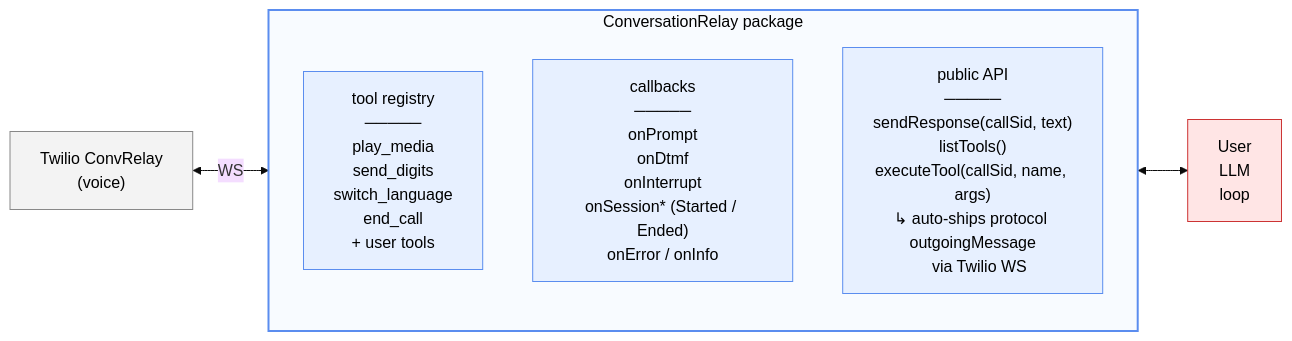
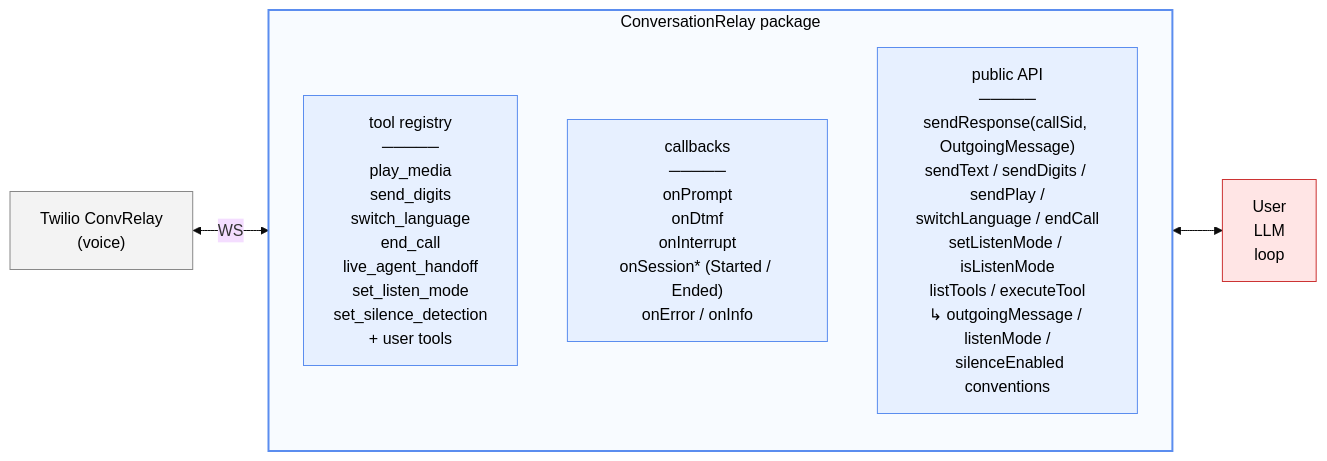
One commit to deshartman/twilio-agent-connect-typescript changed the diagram in packages/conversationrelay/README.md. Above: the diagram before and after it, drawn with Mermaid (base theme). The commit also changed other lines of this file and 2 other files, not shown here.

First line of the commit message:
feat(crelay-example): opt into 30s silence handling + docs reconciliation

````diff
--- a/packages/conversationrelay/README.md
+++ b/packages/conversationrelay/README.md
@@ -16,21 +18,21 @@
 ```mermaid
 graph LR
     Twilio["Twilio ConvRelay<br/>(voice)"]
 
     subgraph CR["ConversationRelay package"]
         direction TB
-        Registry["tool registry<br/>─────<br/>play_media<br/>send_digits<br/>switch_language<br/>end_call<br/>+ user tools"]:::cr
+        Registry["tool registry<br/>─────<br/>play_media<br/>send_digits<br/>switch_language<br/>end_call<br/>live_agent_handoff<br/>set_listen_mode<br/>set_silence_detection<br/>+ user tools"]:::cr
         Callbacks["callbacks<br/>─────<br/>onPrompt<br/>onDtmf<br/>onInterrupt<br/>onSession* (Started / Ended)<br/>onError / onInfo"]:::cr
-        API["public API<br/>─────<br/>sendResponse(callSid, text)<br/>listTools()<br/>executeTool(callSid, name, args)<br/>↳ auto-ships protocol outgoingMessage<br/>&nbsp;&nbsp;&nbsp;via Twilio WS"]:::cr
+        API["public API<br/>─────<br/>sendResponse(callSid, OutgoingMessage)<br/>sendText / sendDigits / sendPlay /<br/>switchLanguage / endCall<br/>setListenMode / isListenMode<br/>listTools / executeTool<br/>↳ outgoingMessage / listenMode /<br/>&nbsp;&nbsp;silenceEnabled conventions"]:::cr
     end
 
     User["User<br/>LLM<br/>loop"]:::you
 
     Twilio <-->|WS| CR
     CR <--> User
 
     classDef cr fill:#e7f0ff,stroke:#5b8def,color:#000
     classDef you fill:#ffe5e5,stroke:#cc3333,color:#000
     style Twilio fill:#f3f3f3,stroke:#888,color:#000
     style CR fill:#f8fbff,stroke:#5b8def,stroke-width:2px,color:#000
 ```
````
